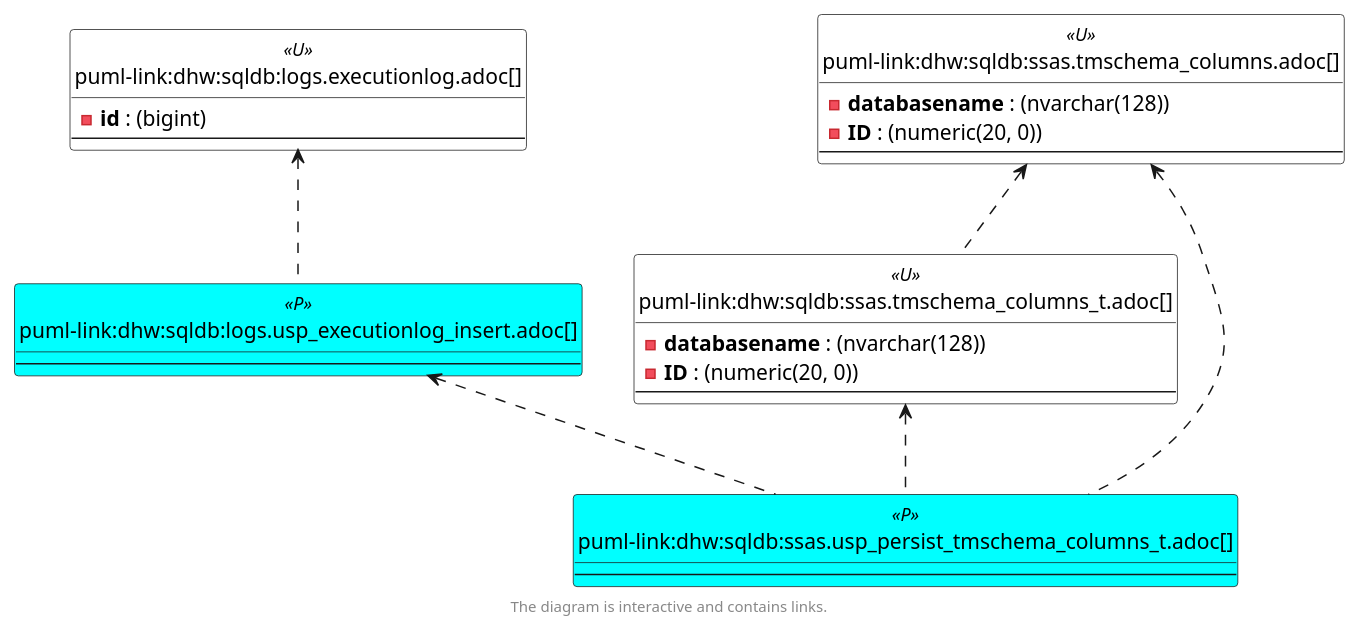
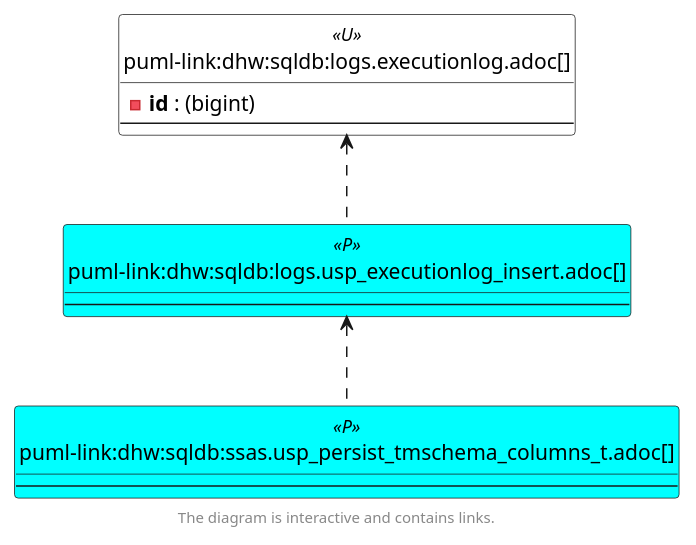
Before and after one commit to DataHandwerk/dhw-antora-sqldb: the fourth of 6 diagrams in docs/modules/sqldb/partials/content/ssas.usp_persist_tmschema_columns_t.adoc, drawn with PlantUML. The commit also changed other lines of this file and 751 other files, not shown here.

```diff
--- a/docs/modules/sqldb/partials/content/ssas.usp_persist_tmschema_columns_t.adoc
+++ b/docs/modules/sqldb/partials/content/ssas.usp_persist_tmschema_columns_t.adoc
@@ -813,65 +794,50 @@
 [plantuml, entity_30_0_objectref-{docname}, svg, subs=macros]
 ....
 @startuml
 'Left to right direction
 top to bottom direction
 hide circle
 'avoide "." issues:
 set namespaceSeparator none
 
 
 skinparam class {
   BackgroundColor White
   BackgroundColor<<FN>> Yellow
   BackgroundColor<<FS>> Yellow
   BackgroundColor<<FT>> LightGray
   BackgroundColor<<IF>> Yellow
   BackgroundColor<<IS>> Yellow
   BackgroundColor<<P>>  Aqua
   BackgroundColor<<PC>> Aqua
   BackgroundColor<<SN>> Yellow
   BackgroundColor<<SO>> SlateBlue
   BackgroundColor<<TF>> LightGray
   BackgroundColor<<TR>> Tomato
   BackgroundColor<<U>>  White
   BackgroundColor<<V>>  WhiteSmoke
   BackgroundColor<<X>>  Aqua
   BackgroundColor<<external>> AliceBlue
 }
 
 
 entity "puml-link:dhw:sqldb:logs.executionlog.adoc[]" as logs.ExecutionLog << U >> {
   - **id** : (bigint)
   --
 }
 
 entity "puml-link:dhw:sqldb:logs.usp_executionlog_insert.adoc[]" as logs.usp_ExecutionLog_insert << P >> {
   --
 }
 
-entity "puml-link:dhw:sqldb:ssas.tmschema_columns.adoc[]" as ssas.TMSCHEMA_COLUMNS << U >> {
-  - **databasename** : (nvarchar(128))
-  - **ID** : (numeric(20, 0))
-  --
-}
-
-entity "puml-link:dhw:sqldb:ssas.tmschema_columns_t.adoc[]" as ssas.TMSCHEMA_COLUMNS_T << U >> {
-  - **databasename** : (nvarchar(128))
-  - **ID** : (numeric(20, 0))
-  --
-}
-
 entity "puml-link:dhw:sqldb:ssas.usp_persist_tmschema_columns_t.adoc[]" as ssas.usp_PERSIST_TMSCHEMA_COLUMNS_T << P >> {
   --
 }
 
 logs.ExecutionLog <.. logs.usp_ExecutionLog_insert
 logs.usp_ExecutionLog_insert <.. ssas.usp_PERSIST_TMSCHEMA_COLUMNS_T
-ssas.TMSCHEMA_COLUMNS <.. ssas.TMSCHEMA_COLUMNS_T
-ssas.TMSCHEMA_COLUMNS <.. ssas.usp_PERSIST_TMSCHEMA_COLUMNS_T
-ssas.TMSCHEMA_COLUMNS_T <.. ssas.usp_PERSIST_TMSCHEMA_COLUMNS_T
 
 footer The diagram is interactive and contains links.
 
 @enduml
 ....
```
